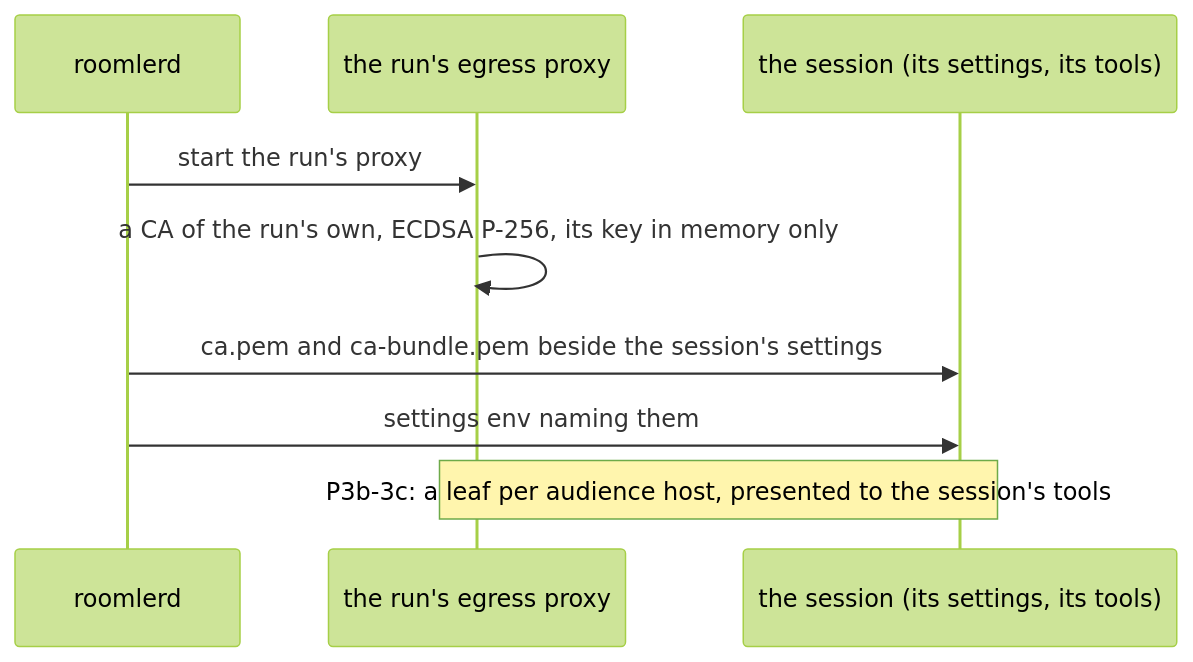
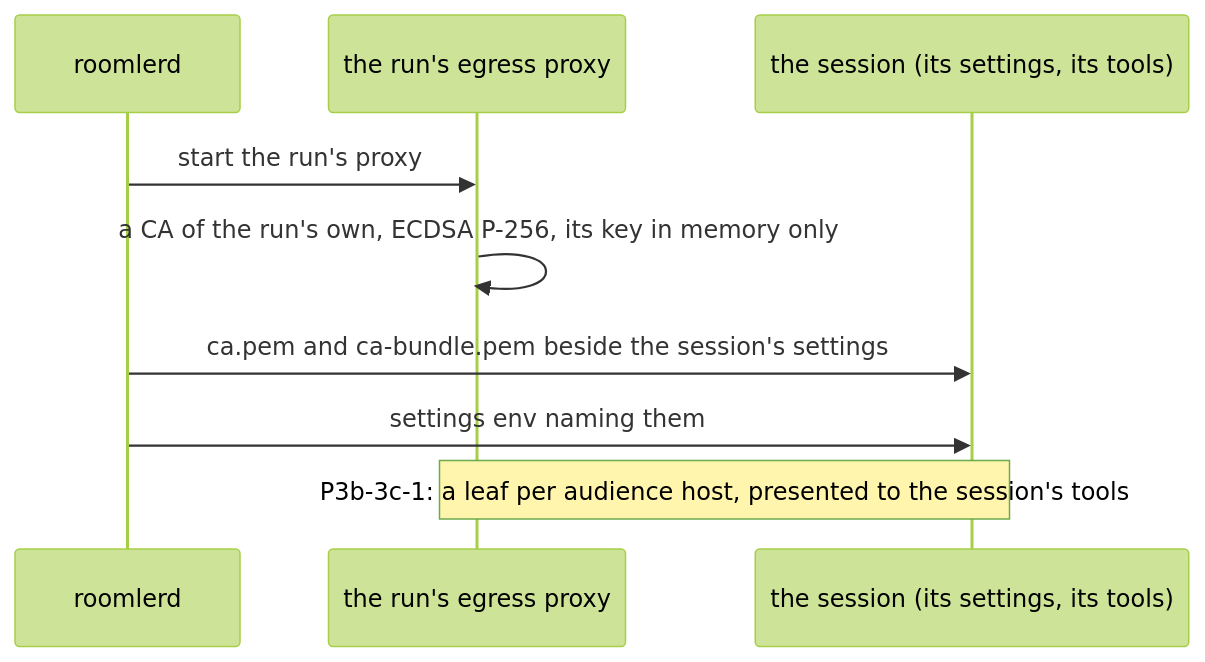
Diagram 35 of 36 in docs/vault.md (gjovanov/roomler-ai), drawn with Mermaid (forest theme) before and after one commit. The commit also changed other lines of this file and 8 other files, not shown here.

````diff
--- a/docs/vault.md
+++ b/docs/vault.md
@@ -2642,11 +2642,11 @@
 ```mermaid
 sequenceDiagram
     participant D as roomlerd
     participant P as the run's egress proxy
     participant S as the session (its settings, its tools)
     D->>P: start the run's proxy
     P->>P: a CA of the run's own, ECDSA P-256, its key in memory only
     D->>S: ca.pem and ca-bundle.pem beside the session's settings
     D->>S: settings env naming them
-    Note over P,S: P3b-3c: a leaf per audience host, presented to the session's tools
+    Note over P,S: P3b-3c-1: a leaf per audience host, presented to the session's tools
 ```
````
